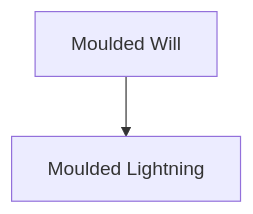
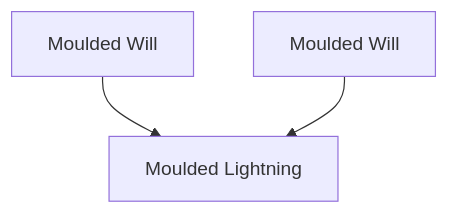
One commit to linkofdarkness/game-guides-and-utils changed the tenth of 20 diagrams in games/desktop-defender/Crafting.md. Above: the diagram before and after it, drawn with Mermaid. The commit also changed other lines of this file and 2 other files, not shown here.

````diff
--- a/games/desktop-defender/Crafting.md
+++ b/games/desktop-defender/Crafting.md
@@ -279,6 +304,8 @@
 ```mermaid
 flowchart TD
-  moulded_will["Moulded Will"]
+  moulded_will1["Moulded Will"]
+  moulded_will2["Moulded Will"]
   moulded_lightning["Moulded Lightning"]
-  moulded_will --> moulded_lightning
+  moulded_will1 --> moulded_lightning
+  moulded_will2 --> moulded_lightning
 ```
````
